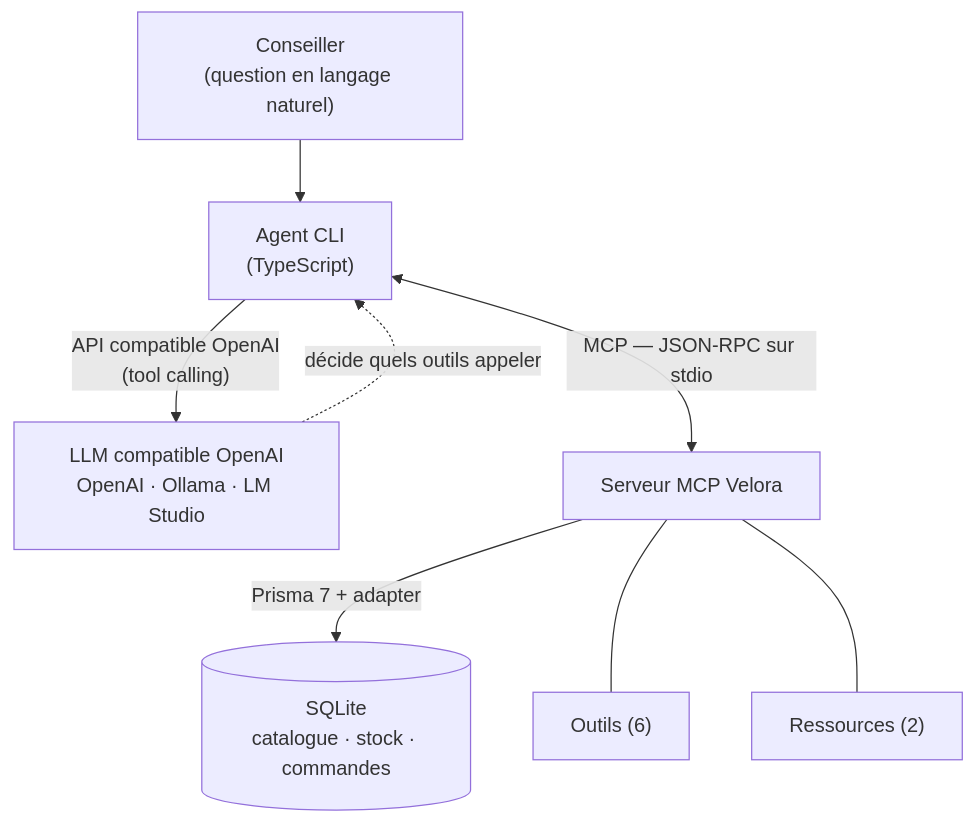
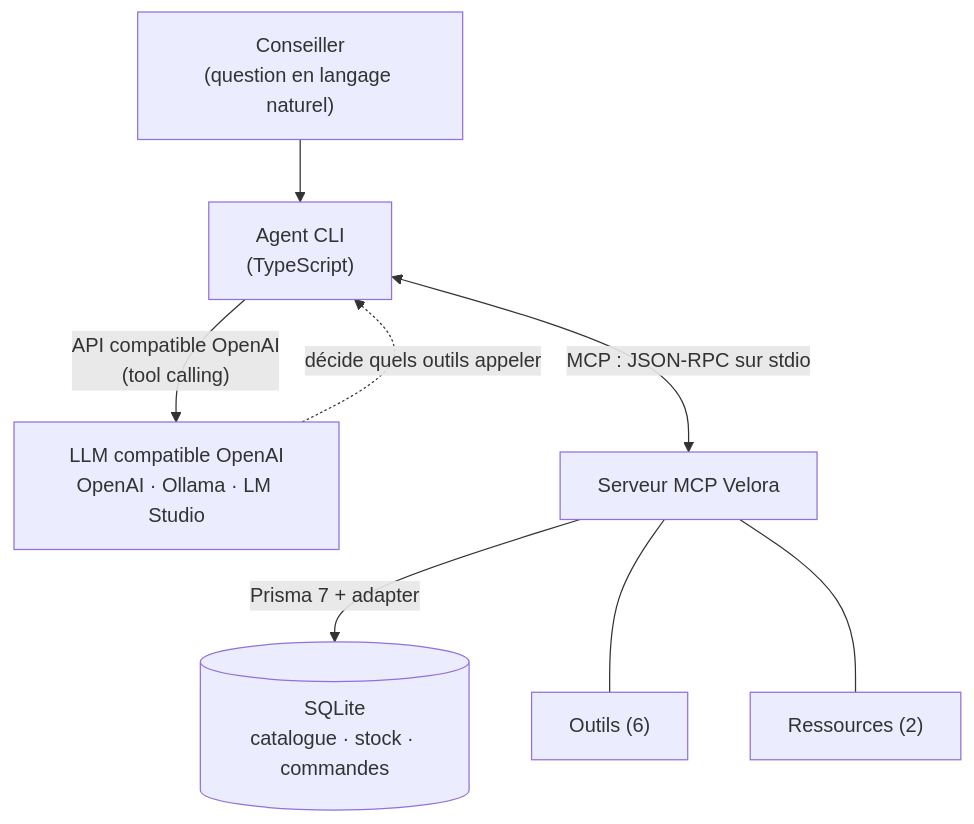
Before and after one commit to Onitsag/velora-mcp-copilote: the diagram in docs/rapport/02-rnd-poc.md, drawn with Mermaid. The commit also changed other lines of this file and 31 other files, not shown here.

````diff
--- a/docs/rapport/02-rnd-poc.md
+++ b/docs/rapport/02-rnd-poc.md
@@ -11,10 +11,10 @@
 ```mermaid
 flowchart TD
   U["Conseiller<br/>(question en langage naturel)"] --> CLI["Agent CLI<br/>(TypeScript)"]
   CLI -->|"API compatible OpenAI<br/>(tool calling)"| LLM["LLM compatible OpenAI<br/>OpenAI · Ollama · LM Studio"]
   LLM -. "décide quels outils appeler" .-> CLI
-  CLI <-->|"MCP — JSON-RPC sur stdio"| SRV["Serveur MCP Velora"]
+  CLI <-->|"MCP : JSON-RPC sur stdio"| SRV["Serveur MCP Velora"]
   SRV -->|"Prisma 7 + adapter"| DB[("SQLite<br/>catalogue · stock · commandes")]
   SRV --- TOOLS["Outils (6)"]
   SRV --- RES["Ressources (2)"]
 ```
````
